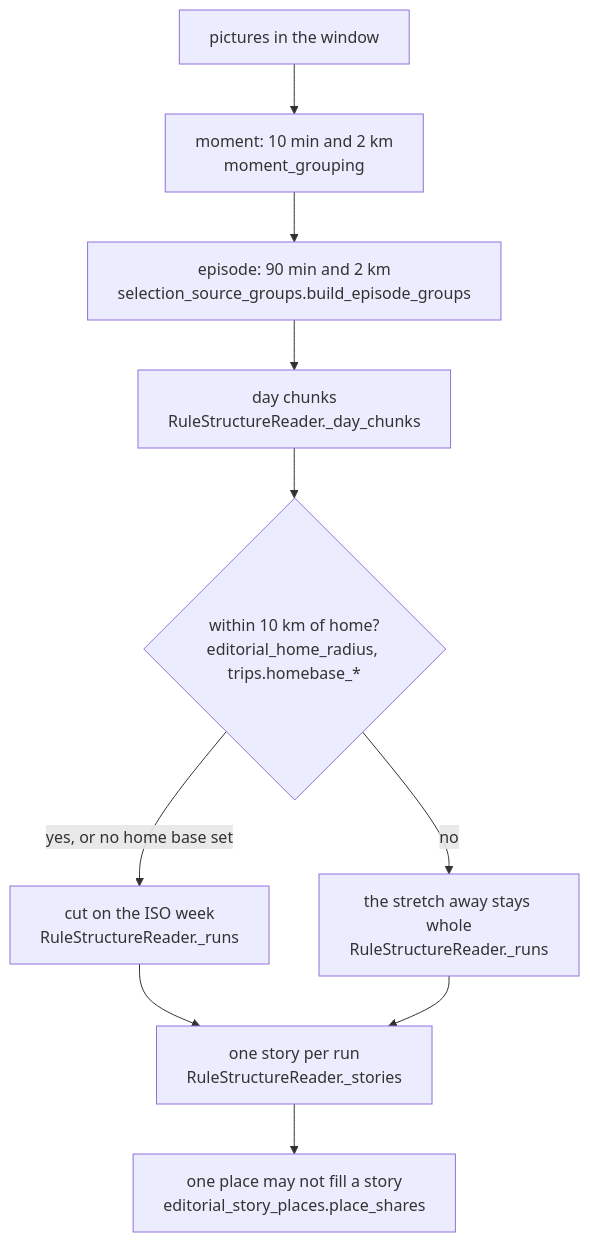
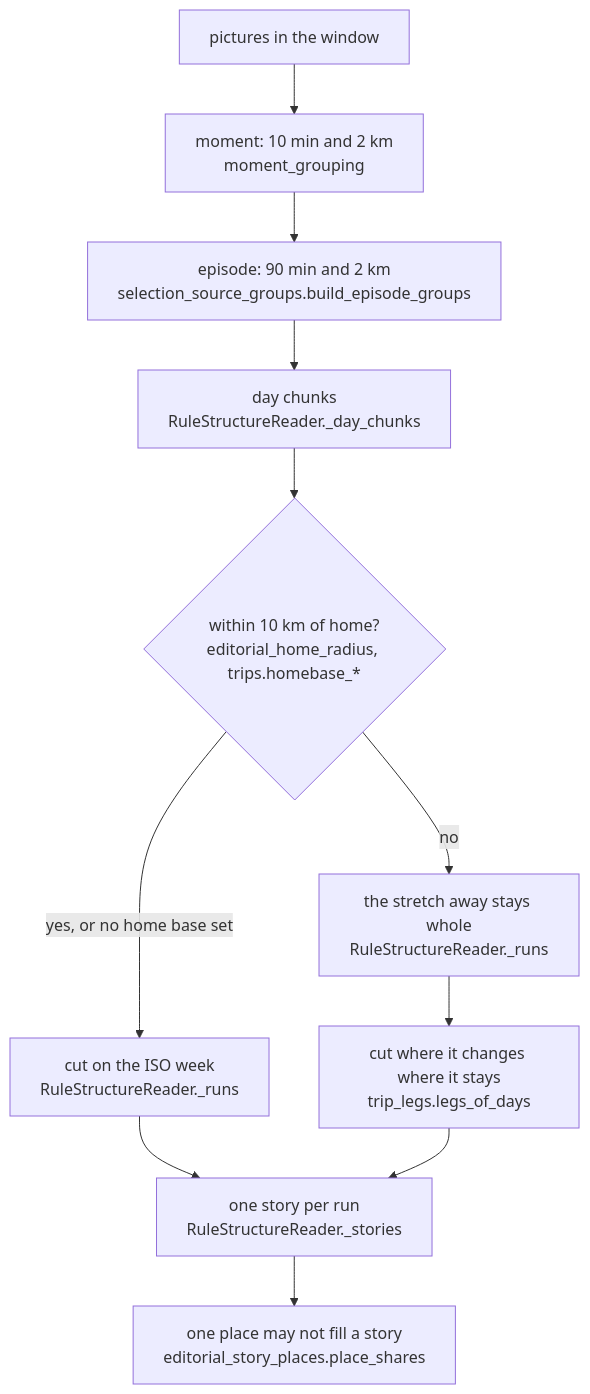
One commit to sam-dumont/immich-memories changed the first of 2 diagrams in docs-site/docs/how-it-chooses/moments-and-stories.md. Above: the diagram before and after it, drawn with Mermaid. The commit also changed other lines of this file and 9 other files, not shown here.

First line of the commit message:
feat(editorial): a trip that changes where it stays splits into legs, each its own story

````diff
--- a/docs-site/docs/how-it-chooses/moments-and-stories.md
+++ b/docs-site/docs/how-it-chooses/moments-and-stories.md
@@ -18,12 +18,13 @@
 ```mermaid
 flowchart TD
   pics["pictures in the window"] --> moment["moment: 10 min and 2 km<br/>moment_grouping"]
   moment --> episode["episode: 90 min and 2 km<br/>selection_source_groups.build_episode_groups"]
   episode --> day["day chunks<br/>RuleStructureReader._day_chunks"]
   day --> home{"within 10 km of home?<br/>editorial_home_radius, trips.homebase_*"}
   home -- "yes, or no home base set" --> week["cut on the ISO week<br/>RuleStructureReader._runs"]
   home -- no --> away["the stretch away stays whole<br/>RuleStructureReader._runs"]
+  away --> legs["cut where it changes where it stays<br/>trip_legs.legs_of_days"]
   week --> story["one story per run<br/>RuleStructureReader._stories"]
-  away --> story
+  legs --> story
   story --> places["one place may not fill a story<br/>editorial_story_places.place_shares"]
 ```
````
